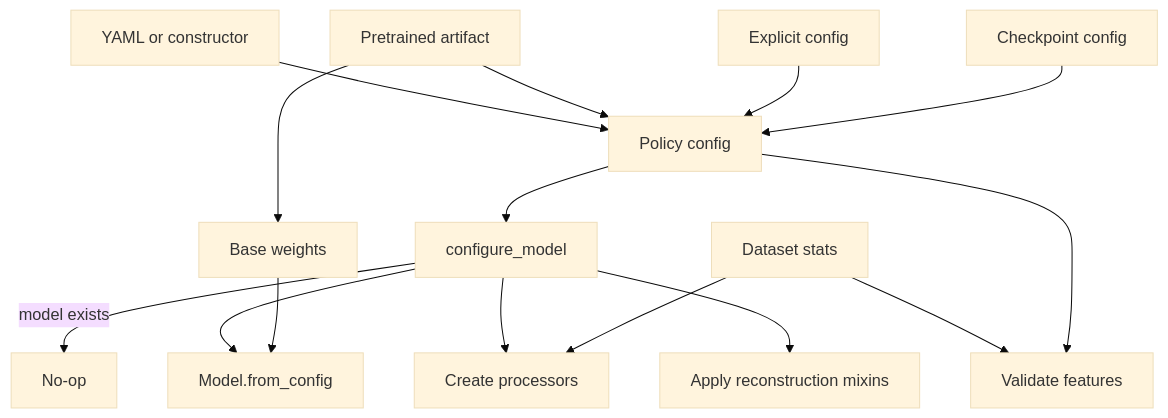
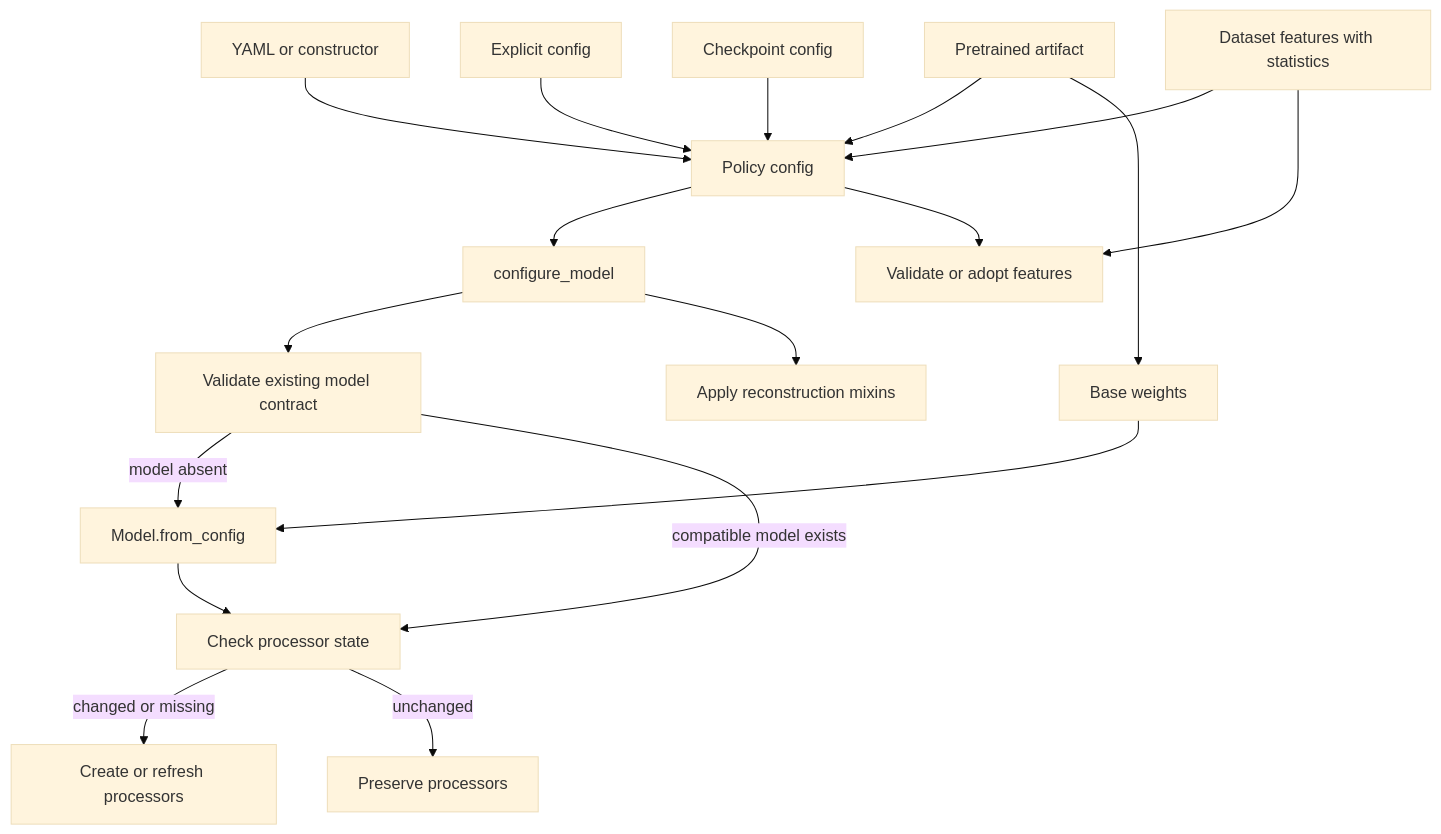
One commit to alfieroddan/physical-ai-studio changed the third of 6 diagrams in library/docs/explanation/policy/current-policies.md. Above: the diagram before and after it, drawn with Mermaid (base theme). The commit also changed other lines of this file and 6 other files, not shown here.

````diff
--- a/library/docs/explanation/policy/current-policies.md
+++ b/library/docs/explanation/policy/current-policies.md
@@ -152,17 +153,20 @@
 ```mermaid
 flowchart TD
     Y[YAML or constructor] --> C[Policy config]
     A[Pretrained artifact] --> C
     X[Explicit config] --> C
     K[Checkpoint config] --> C
     C --> G[configure_model]
-    G -->|model exists| N[No-op]
-    G --> M[Model.from_config]
-    G --> P[Create processors]
+    G --> V[Validate existing model contract]
+    V -->|model absent| M[Model.from_config]
+    V -->|compatible model exists| P[Check processor state]
+    M --> P
+    P -->|changed or missing| U[Create or refresh processors]
+    P -->|unchanged| N[Preserve processors]
     A --> W[Base weights]
     W --> M
     G --> MX[Apply reconstruction mixins]
-    D[Dataset stats] --> P
-    D --> V[Validate features]
-    C --> V
+    D[Dataset features with statistics] --> C
+    D --> DV[Validate or adopt features]
+    C --> DV
 ```
````
